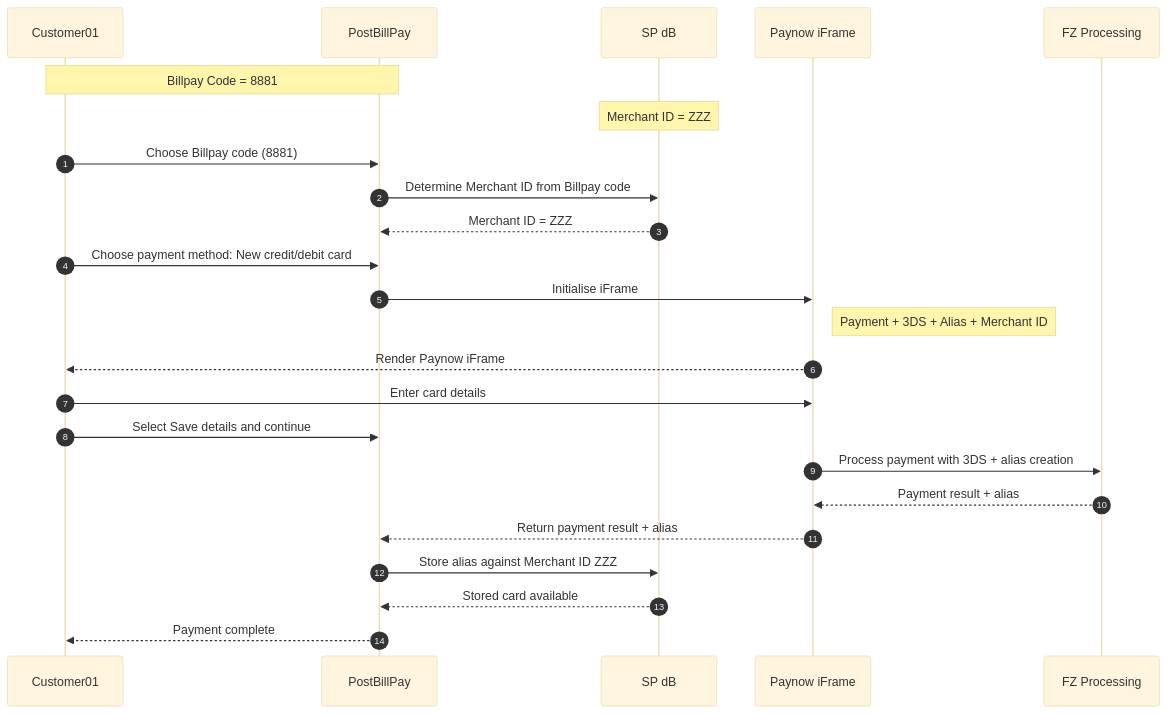
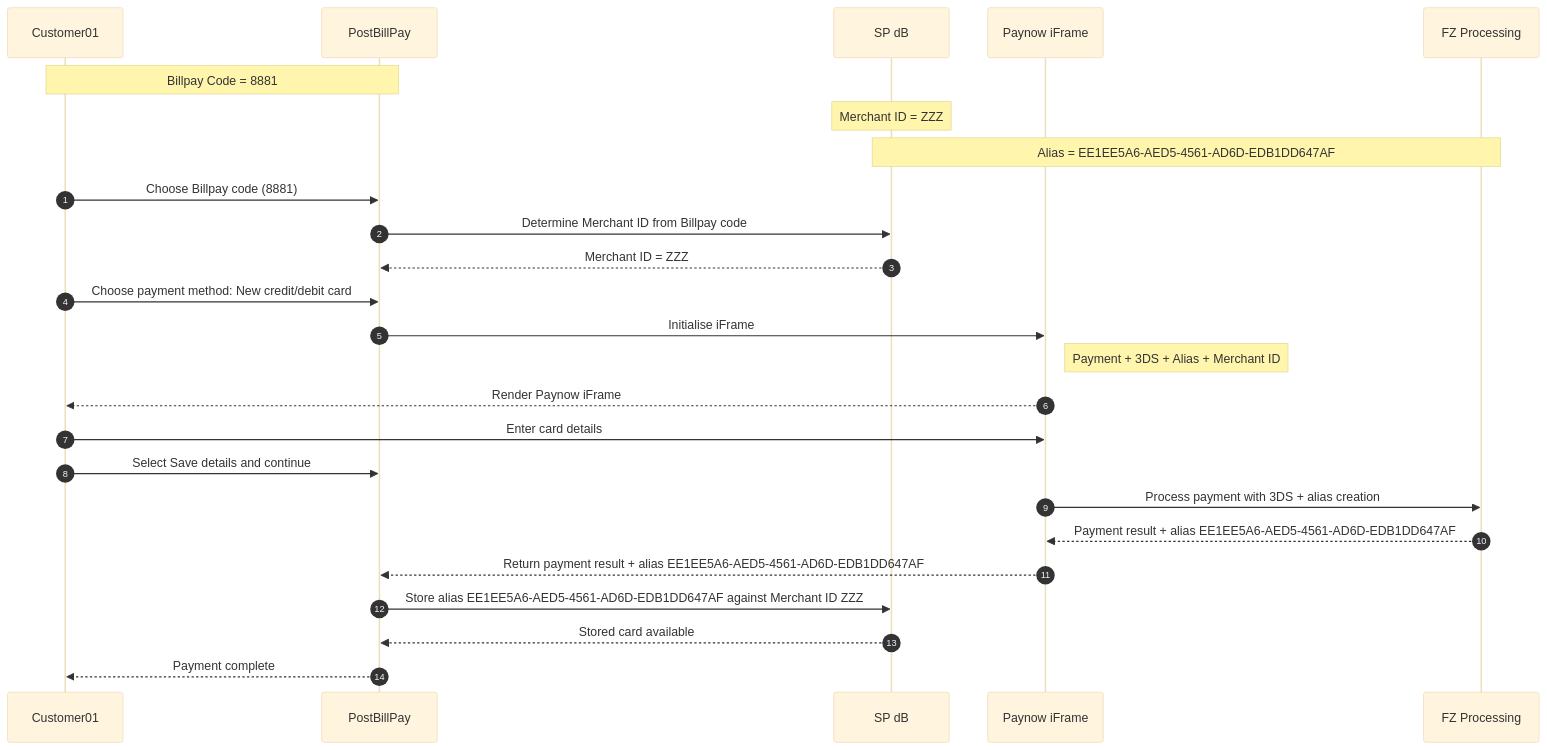
Before and after one commit to stu-woodward/architecture-diagrams: the diagram in postbillpay/stored-card-option1.mmd, drawn with Mermaid (base theme).

Commit message:
Show alias in current no stored card flow

```diff
--- a/postbillpay/stored-card-option1.mmd
+++ b/postbillpay/stored-card-option1.mmd
@@ -1,35 +1,36 @@
 sequenceDiagram
     autonumber
 
     participant Customer as Customer01
     participant PBP as PostBillPay
     participant SPDB as SP dB
     participant Paynow as Paynow iFrame
     participant FZ as FZ Processing
 
     Note over Customer,PBP: Billpay Code = 8881
     Note over SPDB: Merchant ID = ZZZ
+    Note over SPDB,FZ: Alias = EE1EE5A6-AED5-4561-AD6D-EDB1DD647AF
 
     Customer->>PBP: Choose Billpay code (8881)
     PBP->>SPDB: Determine Merchant ID from Billpay code
     SPDB-->>PBP: Merchant ID = ZZZ
 
     Customer->>PBP: Choose payment method: New credit/debit card
 
     PBP->>Paynow: Initialise iFrame
     Note right of Paynow: Payment + 3DS + Alias + Merchant ID
 
     Paynow-->>Customer: Render Paynow iFrame
 
     Customer->>Paynow: Enter card details
     Customer->>PBP: Select Save details and continue
 
     Paynow->>FZ: Process payment with 3DS + alias creation
-    FZ-->>Paynow: Payment result + alias
+    FZ-->>Paynow: Payment result + alias EE1EE5A6-AED5-4561-AD6D-EDB1DD647AF
 
-    Paynow-->>PBP: Return payment result + alias
+    Paynow-->>PBP: Return payment result + alias EE1EE5A6-AED5-4561-AD6D-EDB1DD647AF
 
-    PBP->>SPDB: Store alias against Merchant ID ZZZ
+    PBP->>SPDB: Store alias EE1EE5A6-AED5-4561-AD6D-EDB1DD647AF against Merchant ID ZZZ
     SPDB-->>PBP: Stored card available
 
     PBP-->>Customer: Payment complete
```
